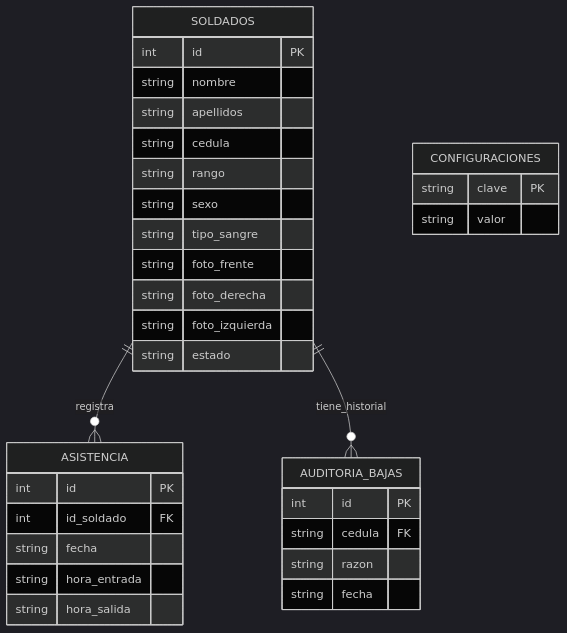
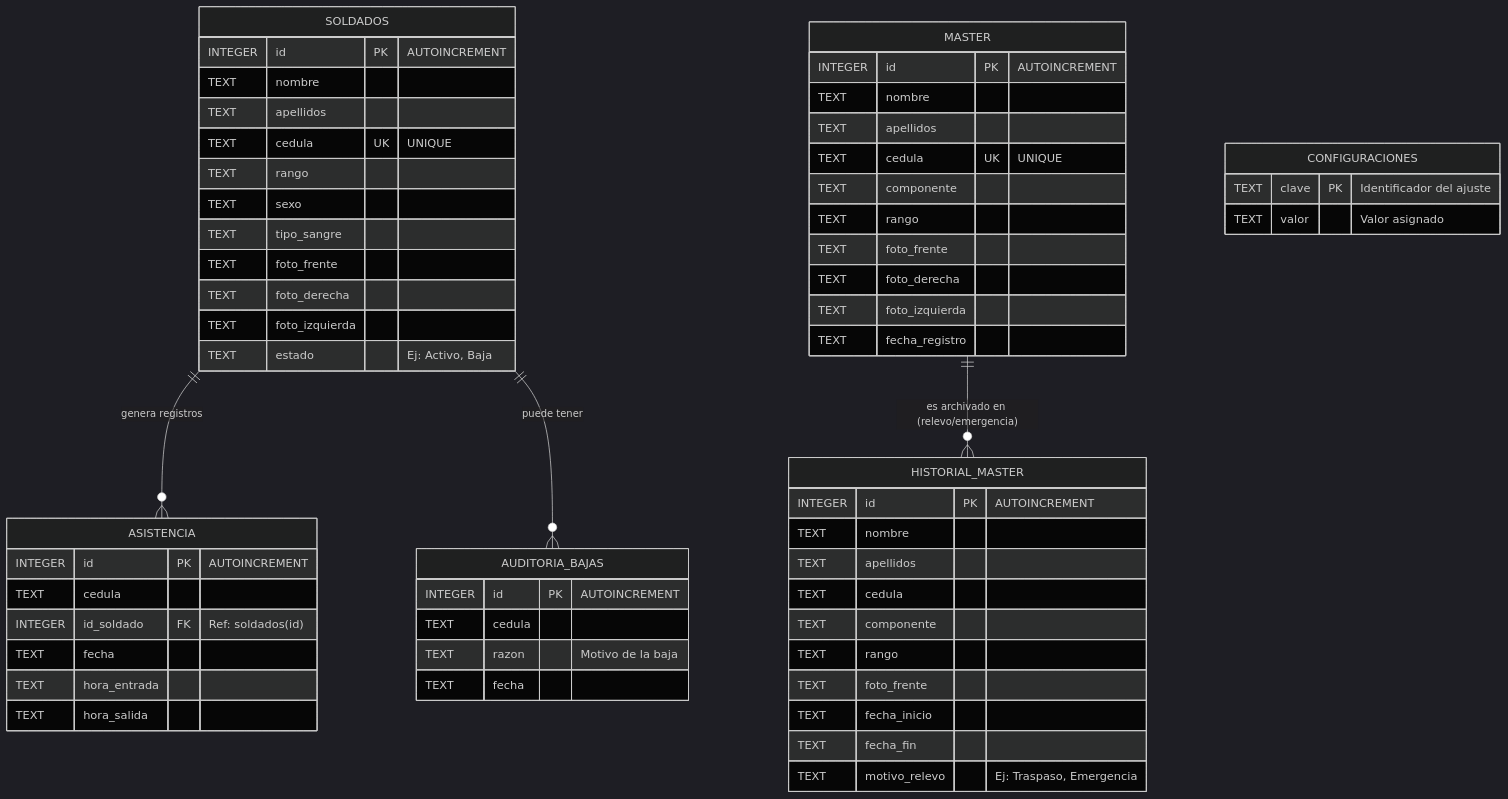
Before and after one commit to rossellcristinacobis2004-cloud/MILFACE: the second of 9 diagrams in README.md, drawn with Mermaid (dark theme). The commit also changed other lines of this file, not shown here.

First line of the commit message:
Revise README with updated diagrams and flowcharts

````diff
--- a/README.md
+++ b/README.md
@@ -129,40 +128,69 @@
 ```mermaid
 erDiagram
+    %% Relaciones
+    SOLDADOS ||--o{ ASISTENCIA : "genera registros"
+    SOLDADOS ||--o{ AUDITORIA_BAJAS : "puede tener"
+    MASTER ||--o{ HISTORIAL_MASTER : "es archivado en (relevo/emergencia)"
 
-    SOLDADOS ||--o{ ASISTENCIA : registra
-    SOLDADOS ||--o{ AUDITORIA_BAJAS : tiene_historial
-
+    %% Tablas y Atributos
     SOLDADOS {
-        int id PK
-        string nombre
-        string apellidos
-        string cedula
-        string rango
-        string sexo
-        string tipo_sangre
-        string foto_frente
-        string foto_derecha
-        string foto_izquierda
-        string estado
+        INTEGER id PK "AUTOINCREMENT"
+        TEXT nombre
+        TEXT apellidos
+        TEXT cedula UK "UNIQUE"
+        TEXT rango
+        TEXT sexo
+        TEXT tipo_sangre
+        TEXT foto_frente
+        TEXT foto_derecha
+        TEXT foto_izquierda
+        TEXT estado "Ej: Activo, Baja"
     }
 
     ASISTENCIA {
-        int id PK
-        int id_soldado FK
-        string fecha
-        string hora_entrada
-        string hora_salida
+        INTEGER id PK "AUTOINCREMENT"
+        TEXT cedula
+        INTEGER id_soldado FK "Ref: soldados(id)"
+        TEXT fecha
+        TEXT hora_entrada
+        TEXT hora_salida
     }
 
     AUDITORIA_BAJAS {
-        int id PK
-        string cedula FK
-        string razon
-        string fecha
+        INTEGER id PK "AUTOINCREMENT"
+        TEXT cedula
+        TEXT razon "Motivo de la baja"
+        TEXT fecha
+    }
+
+    MASTER {
+        INTEGER id PK "AUTOINCREMENT"
+        TEXT nombre
+        TEXT apellidos
+        TEXT cedula UK "UNIQUE"
+        TEXT componente
+        TEXT rango
+        TEXT foto_frente
+        TEXT foto_derecha
+        TEXT foto_izquierda
+        TEXT fecha_registro
+    }
+
+    HISTORIAL_MASTER {
+        INTEGER id PK "AUTOINCREMENT"
+        TEXT nombre
+        TEXT apellidos
+        TEXT cedula
+        TEXT componente
+        TEXT rango
+        TEXT foto_frente
+        TEXT fecha_inicio
+        TEXT fecha_fin
+        TEXT motivo_relevo "Ej: Traspaso, Emergencia"
     }
 
     CONFIGURACIONES {
-        string clave PK
-        string valor
+        TEXT clave PK "Identificador del ajuste"
+        TEXT valor "Valor asignado"
     }
 ```
````
